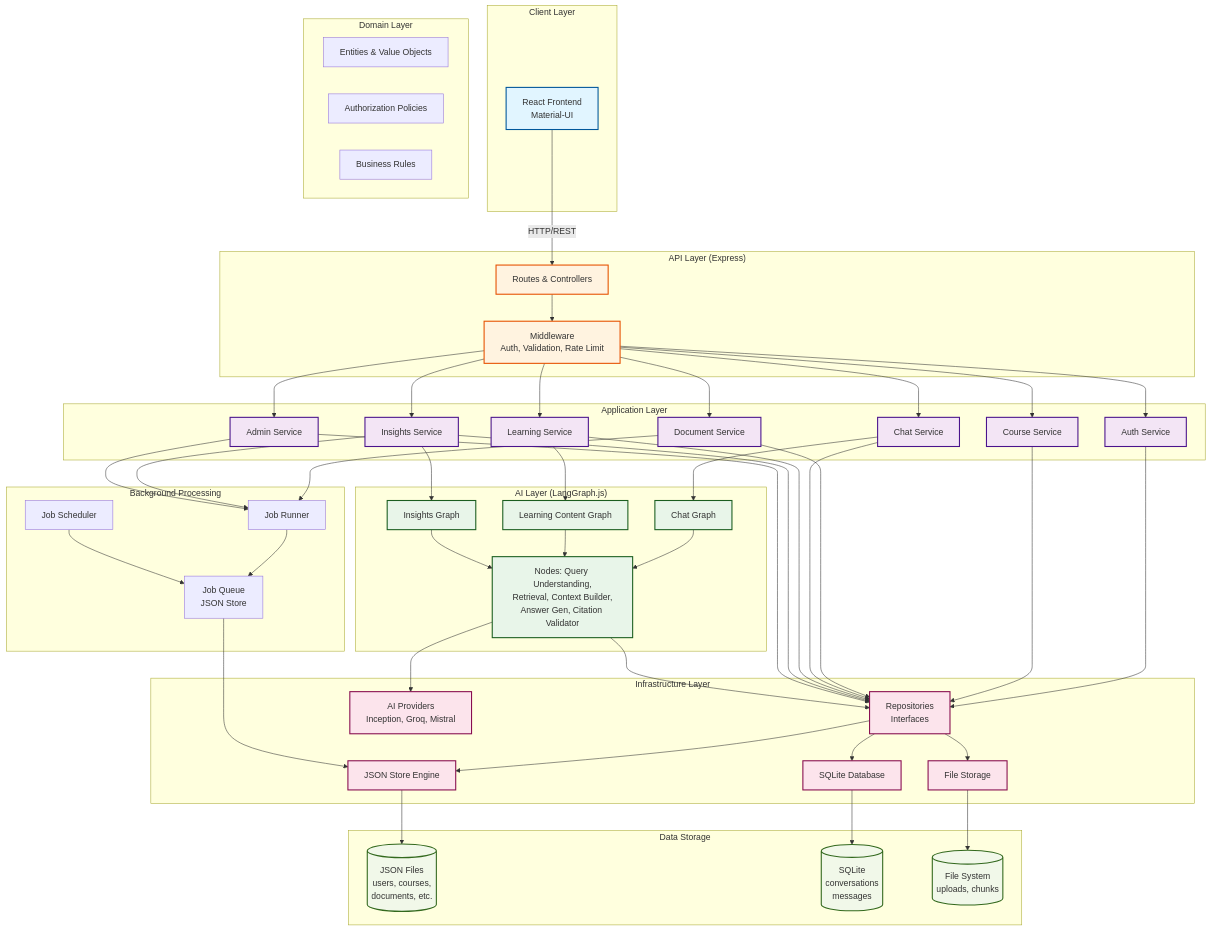
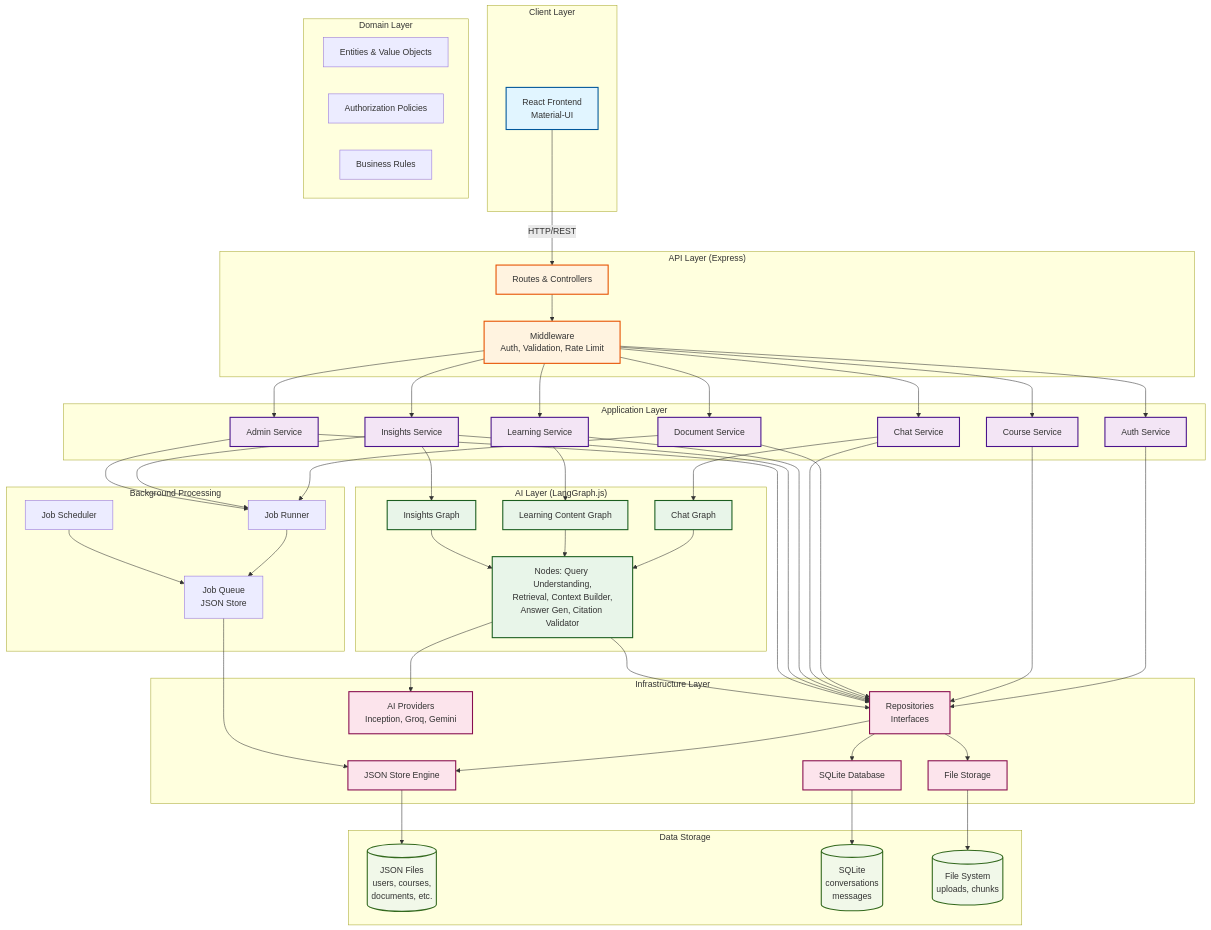
Before and after one commit to Nkululeko-data/ai-learning-assistant: the first of 25 diagrams in SYSTEM-ARCHITECTURE.md, drawn with Mermaid. The commit also changed other lines of this file and 57 other files, not shown here.

```diff
--- a/SYSTEM-ARCHITECTURE.md
+++ b/SYSTEM-ARCHITECTURE.md
@@ -67,7 +67,7 @@
         JSON[JSON Store Engine]
         SQLITE[SQLite Database]
         STORAGE[File Storage]
-        PROVIDERS[AI Providers<br/>Inception, Groq, Mistral]
+        PROVIDERS[AI Providers<br/>Inception, Groq, Gemini]
     end
     
     subgraph Background["Background Processing"]
```
